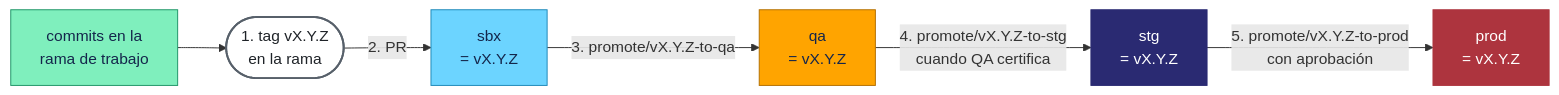
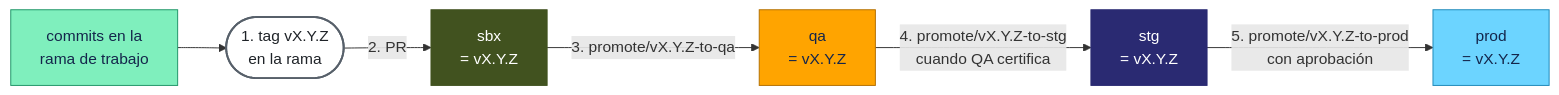
Before and after one commit to dazanez/estrategia-ramas-git: the second of 11 diagrams in ESTRATEGIA-RAMAS.md, drawn with Mermaid. The commit also changed other lines of this file and 34 other files, not shown here.

First line of the commit message:
Guia v1.8: colores sbx/bug/prod reasignados, Referencia y Por que divididas, portada de Flujos

````diff
--- a/ESTRATEGIA-RAMAS.md
+++ b/ESTRATEGIA-RAMAS.md
@@ -60,20 +61,20 @@
 ```mermaid
 flowchart LR
     C["commits en la<br/>rama de trabajo"] --> T(["1. tag vX.Y.Z<br/>en la rama"])
     T -->|"2. PR"| SBX["sbx<br/>= vX.Y.Z"]
     SBX -->|"3. promote/vX.Y.Z-to-qa"| QA["qa<br/>= vX.Y.Z"]
     QA -->|"4. promote/vX.Y.Z-to-stg<br/>cuando QA certifica"| STG["stg<br/>= vX.Y.Z"]
     STG -->|"5. promote/vX.Y.Z-to-prod<br/>con aprobación"| PROD["prod<br/>= vX.Y.Z"]
     classDef trabajo fill:#7FEFBD,color:#14264B,stroke:#1F9467
     classDef tag fill:#ffffff,color:#1f2328,stroke:#57606a,stroke-width:2px
-    classDef sbx fill:#6CD4FF,color:#14264B,stroke:#1E88B8
+    classDef sbx fill:#41521F,color:#FFFFFF,stroke:#41521F
     classDef qa fill:#FFA400,color:#14264B,stroke:#B36F00
     classDef stg fill:#2A2A72,color:#FFFFFF,stroke:#2A2A72
-    classDef prod fill:#AD343E,color:#FFFFFF,stroke:#AD343E
+    classDef prod fill:#6CD4FF,color:#14264B,stroke:#1E88B8
     class C trabajo
     class T tag
     class SBX sbx
     class QA qa
     class STG stg
     class PROD prod
 ```
````
